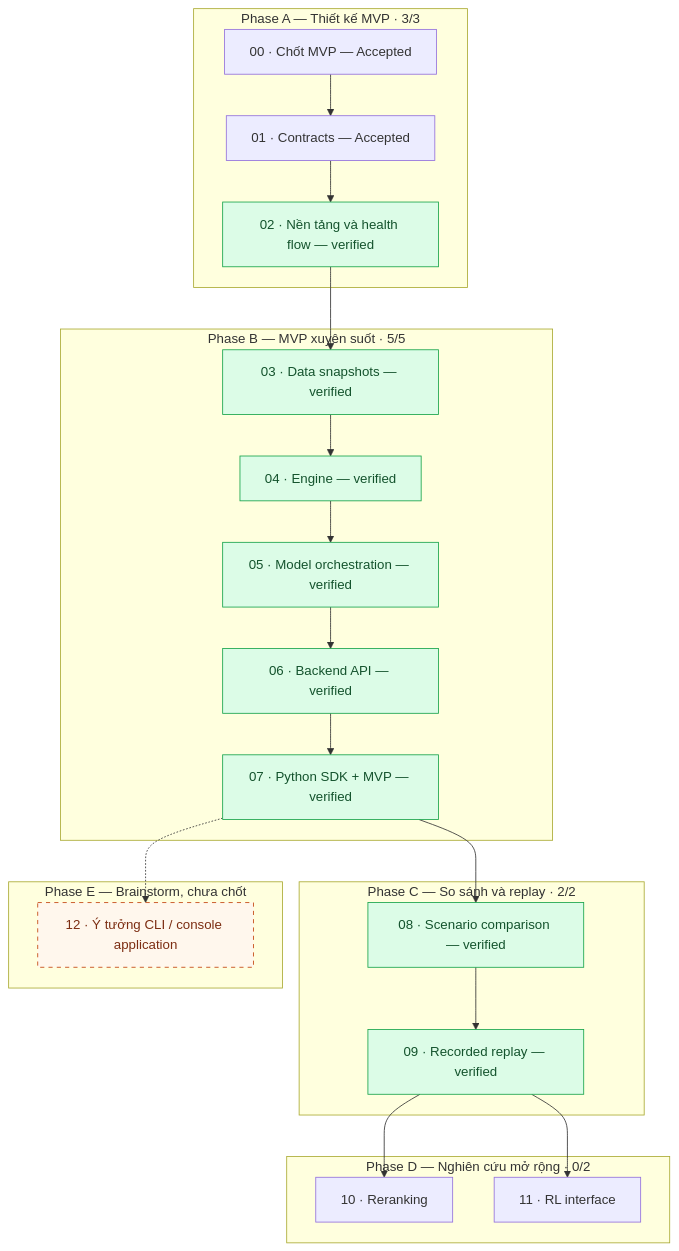
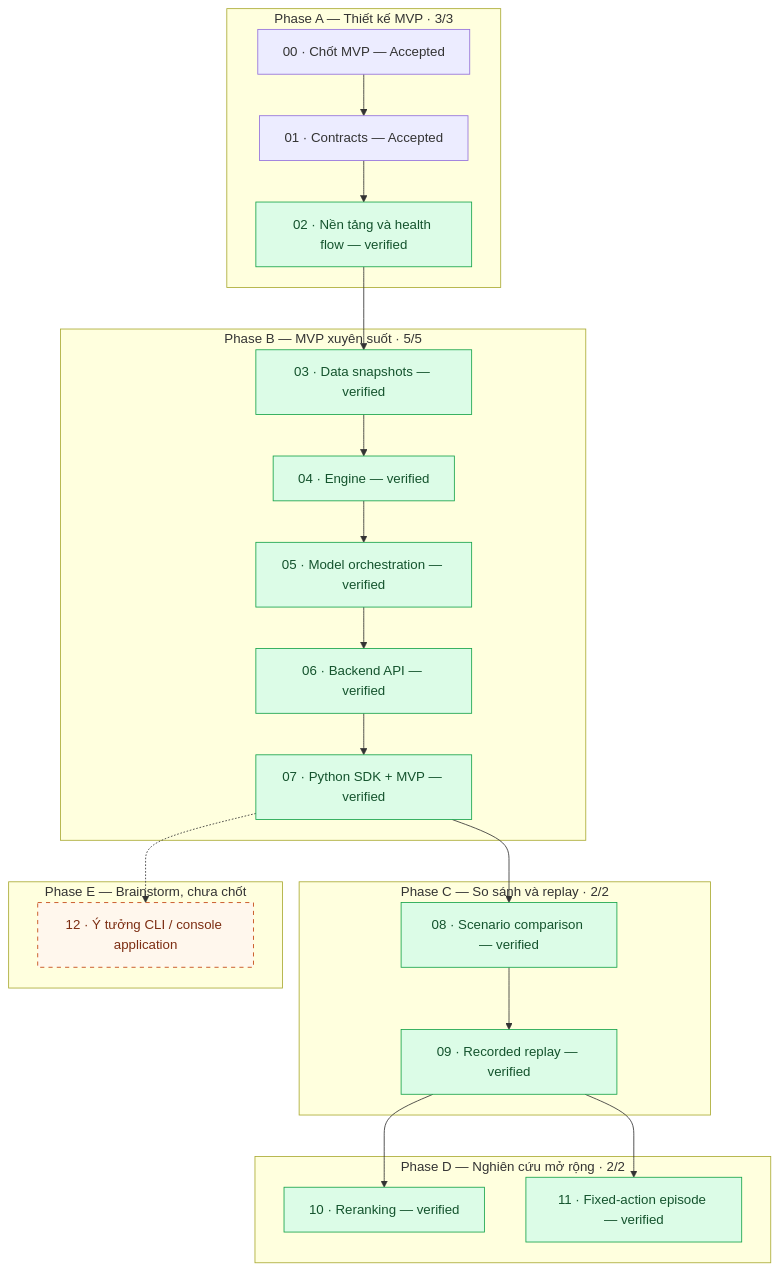
Before and after one commit to ryantr-statinops/factorsbt: the diagram in plan/implementation/README.md, drawn with Mermaid. The commit also changed other lines of this file and 5 other files, not shown here.

````diff
--- a/plan/implementation/README.md
+++ b/plan/implementation/README.md
@@ -48,38 +48,38 @@
 ```mermaid
 flowchart TD
     subgraph A["Phase A — Thiết kế MVP · 3/3"]
         A0["00 · Chốt MVP — Accepted"] --> A1["01 · Contracts — Accepted"]
         A1 --> A2["02 · Nền tảng và health flow — verified"]
     end
 
     subgraph B["Phase B — MVP xuyên suốt · 5/5"]
         B0["03 · Data snapshots — verified"] --> B1["04 · Engine — verified"]
         B1 --> B2["05 · Model orchestration — verified"]
         B2 --> B3["06 · Backend API — verified"]
         B3 --> B4["07 · Python SDK + MVP — verified"]
     end
 
     subgraph C["Phase C — So sánh và replay · 2/2"]
         C0["08 · Scenario comparison — verified"] --> C1["09 · Recorded replay — verified"]
     end
 
-    subgraph D["Phase D — Nghiên cứu mở rộng · 0/2"]
-        D0["10 · Reranking"]
-        D1["11 · RL interface"]
+    subgraph D["Phase D — Nghiên cứu mở rộng · 2/2"]
+        D0["10 · Reranking — verified"]
+        D1["11 · Fixed-action episode — verified"]
     end
 
     subgraph E["Phase E — Brainstorm, chưa chốt"]
         E0["12 · Ý tưởng CLI / console application"]
     end
 
     A2 --> B0
     B4 --> C0
     C1 --> D0
     C1 --> D1
     B4 -.-> E0
 
     classDef implemented fill:#dcfce7,stroke:#16a34a,color:#14532d
     classDef idea fill:#fff7ed,stroke:#c2410c,color:#7c2d12,stroke-dasharray:5 5
-    class A2,B0,B1,B2,B3,B4,C0,C1 implemented
+    class A2,B0,B1,B2,B3,B4,C0,C1,D0,D1 implemented
     class E0 idea
 ```
````
